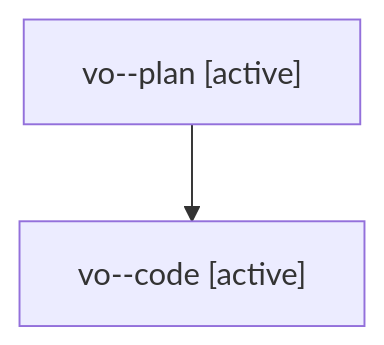
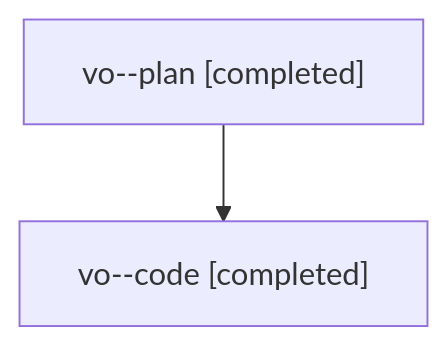
The diagram in families/bbugyi200.athena.vo.md (sase-org/sase--agents), drawn with Mermaid before and after one commit. The commit also changed other lines of this file and 51 other files, not shown here.

````diff
--- a/families/bbugyi200.athena.vo.md
+++ b/families/bbugyi200.athena.vo.md
@@ -9,6 +9,6 @@
 ```mermaid
 flowchart TD
-  n0["vo--plan [active]"]
-  n1["vo--code [active]"]
+  n0["vo--plan [completed]"]
+  n1["vo--code [completed]"]
   n0 --> n1
 ```
````
